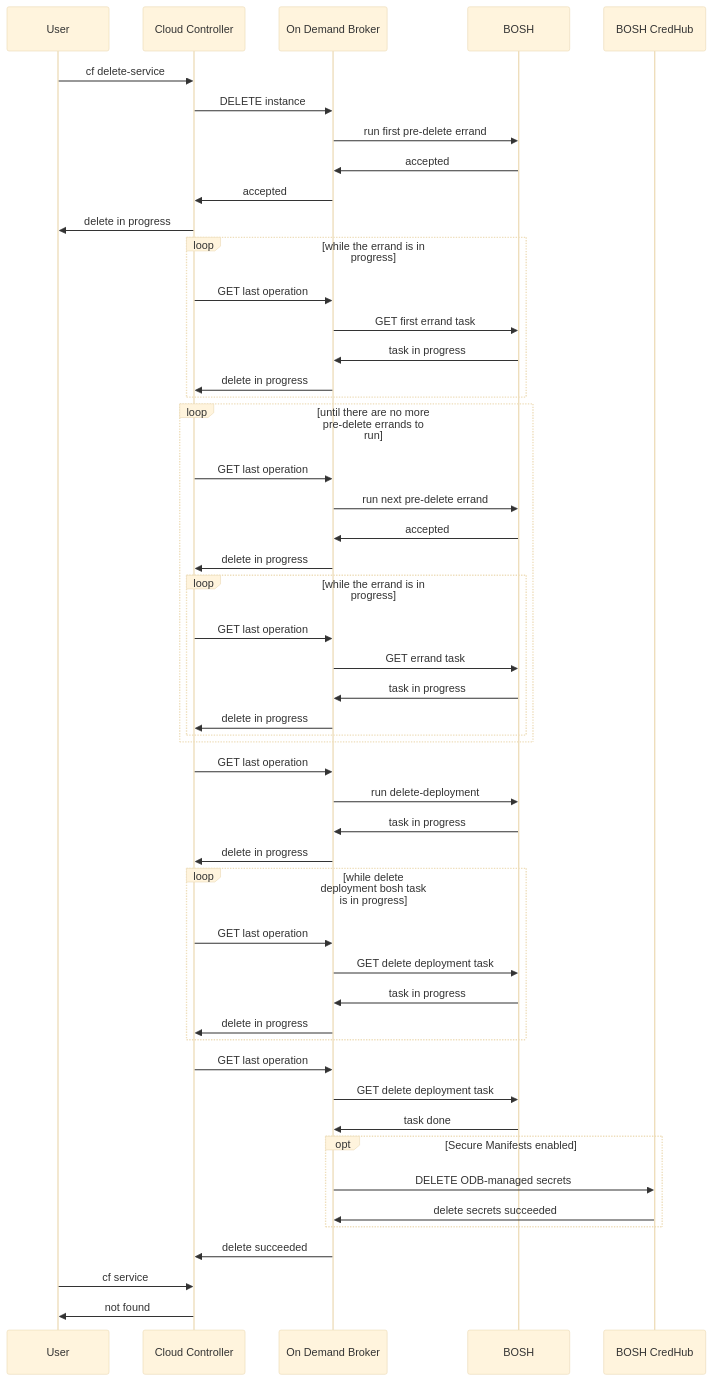
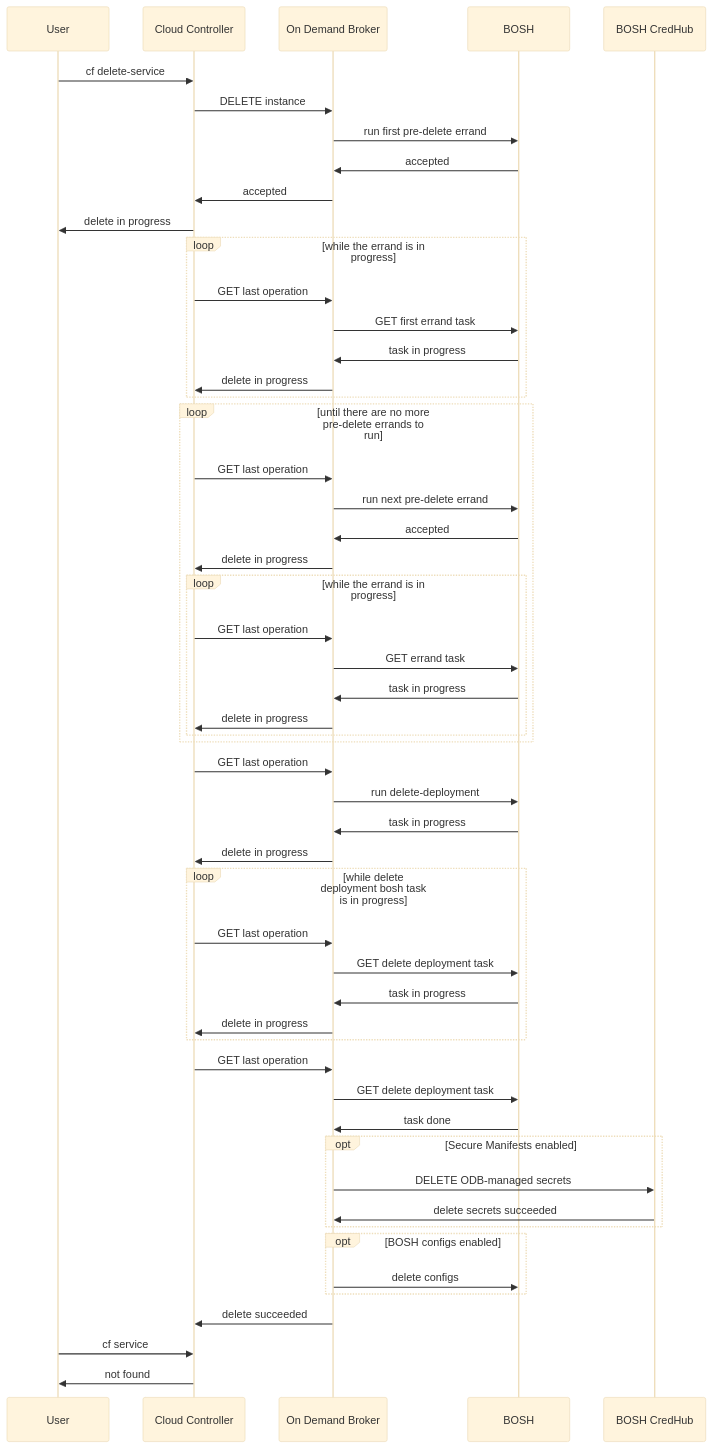
Before and after one commit to pivotal-cf/docs-on-demand-service-broker: the diagram in mmd/pre_delete_workflow.mmd, drawn with Mermaid (base theme). The commit also changed 9 other files, not shown here.

```diff
--- a/mmd/pre_delete_workflow.mmd
+++ b/mmd/pre_delete_workflow.mmd
@@ -1,47 +1,50 @@
 <div class="mermaid">
 sequenceDiagram
   User->>Cloud Controller:cf delete-service
   Cloud Controller->>On Demand Broker:DELETE instance
   On Demand Broker->>BOSH:run first pre-delete errand
   BOSH->>On Demand Broker:accepted
   On Demand Broker->>Cloud Controller:accepted
   Cloud Controller->>User: delete in progress
   loop while the errand is in progress
     Cloud Controller->>On Demand Broker:GET last operation
     On Demand Broker->>BOSH:GET first errand task
     BOSH->>On Demand Broker:task in progress
     On Demand Broker->>Cloud Controller:delete in progress
   end
   loop until there are no more pre-delete errands to run
     Cloud Controller->>On Demand Broker:GET last operation
     On Demand Broker->>BOSH: run next pre-delete errand
     BOSH->>On Demand Broker:accepted
     On Demand Broker->>Cloud Controller:delete in progress
     loop while the errand is in progress
       Cloud Controller->>On Demand Broker: GET last operation
       On Demand Broker->>BOSH: GET errand task
       BOSH->>On Demand Broker: task in progress
       On Demand Broker->>Cloud Controller: delete in progress
     end
   end
   Cloud Controller->>On Demand Broker: GET last operation
   On Demand Broker->>BOSH: run delete-deployment
   BOSH->>On Demand Broker: task in progress
   On Demand Broker->>Cloud Controller: delete in progress
   loop while delete deployment bosh task is in progress
     Cloud Controller->>On Demand Broker: GET last operation
     On Demand Broker->>BOSH: GET delete deployment task
     BOSH->>On Demand Broker: task in progress
     On Demand Broker->>Cloud Controller: delete in progress
   end
   Cloud Controller->>On Demand Broker: GET last operation
   On Demand Broker->>BOSH: GET delete deployment task
   BOSH->>On Demand Broker: task done
   opt Secure Manifests enabled
     On Demand Broker->>BOSH CredHub: DELETE ODB-managed secrets
     BOSH CredHub->>On Demand Broker: delete secrets succeeded
   end
+  opt BOSH configs enabled
+    On Demand Broker->>BOSH: delete configs
+  end
   On Demand Broker->>Cloud Controller: delete succeeded
   User->>Cloud Controller:cf service
   Cloud Controller->>User: not found
 </div>
```
